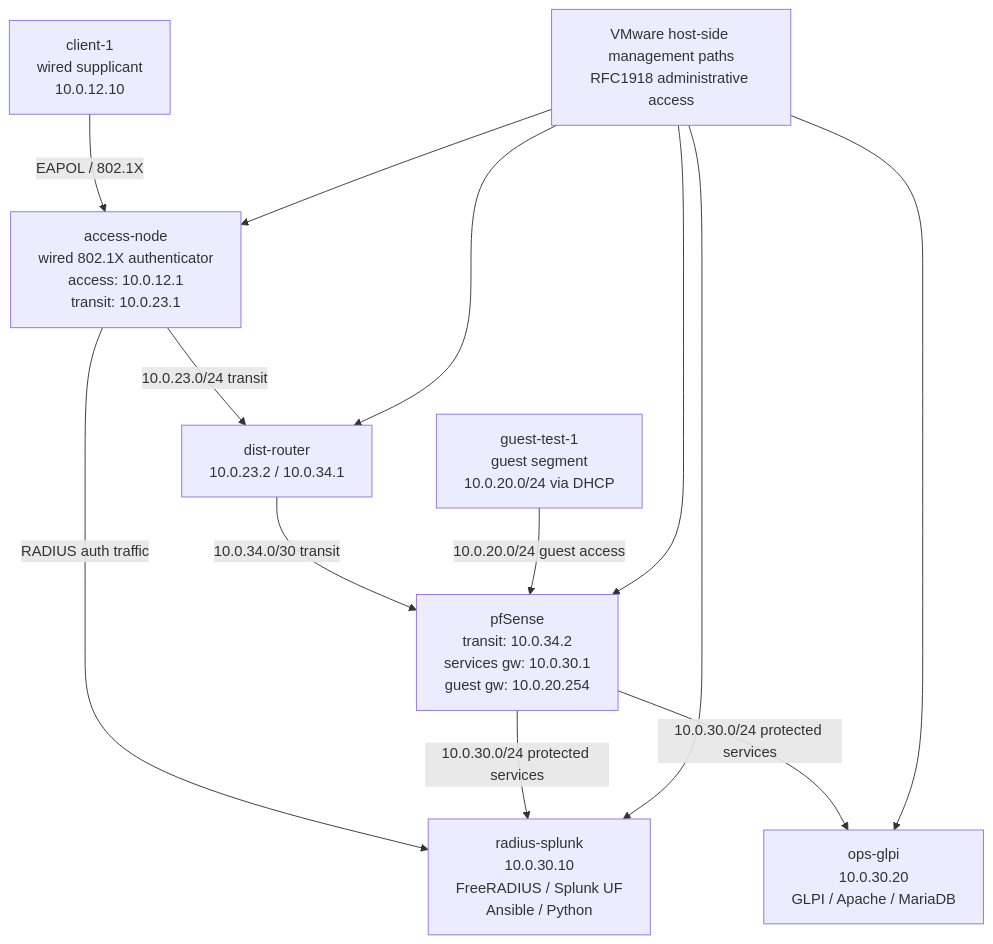
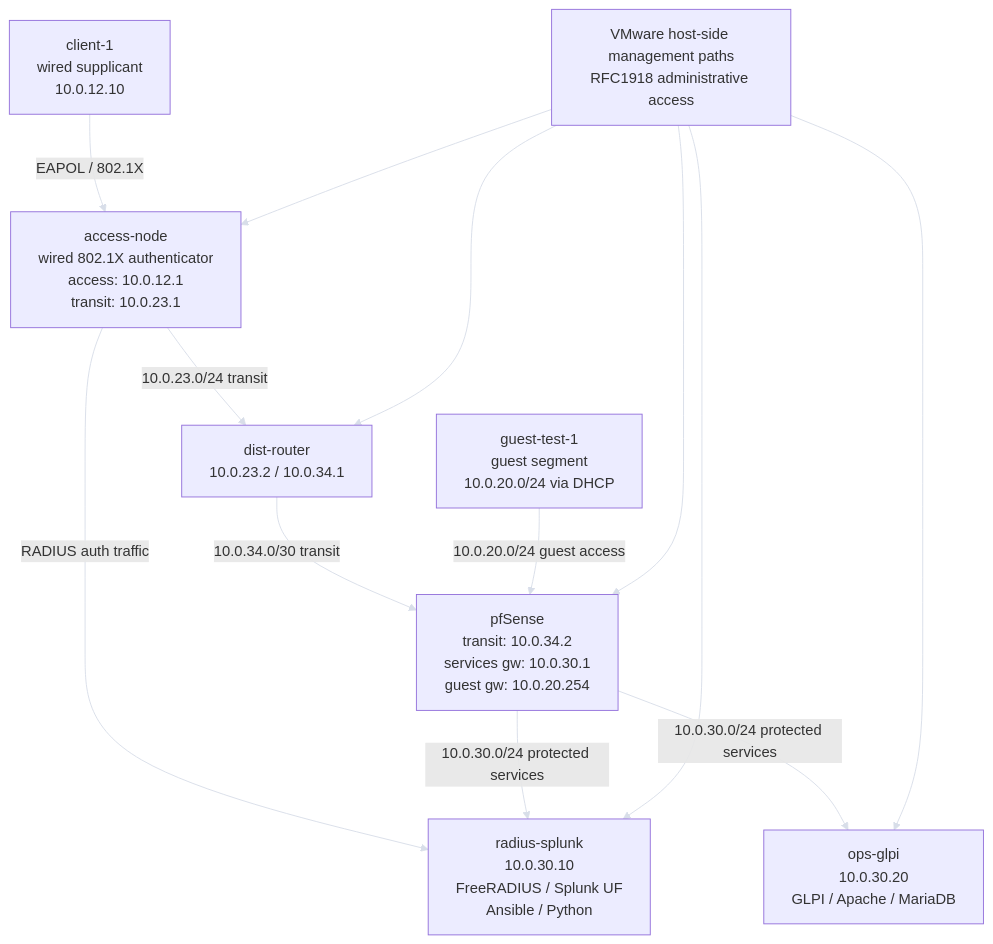
One commit to erschmittnetwork/virtualized-nac-incident-validation changed the diagram in diagrams/reference-topology-diagram.mmd. Above: the diagram before and after it, drawn with Mermaid.

Commit message:
Update Mermaid diagram rendering

```diff
--- a/diagrams/reference-topology-diagram.mmd
+++ b/diagrams/reference-topology-diagram.mmd
@@ -1,32 +1,32 @@
-%%{init: {'theme':'default','flowchart':{'htmlLabels': true, 'nodeSpacing':70, 'rankSpacing':70}}}%%
+%%{init: {'theme':'default', 'themeVariables':{'lineColor':'#d8dee9'}, 'flowchart':{'htmlLabels': true, 'nodeSpacing':70, 'rankSpacing':70}}}%%
 graph TD
 
   CLIENT["client-1<br/>wired supplicant<br/>10.0.12.10"]
 
   ACCESS["access-node<br/>wired 802.1X authenticator<br/>access: 10.0.12.1<br/>transit: 10.0.23.1"]
 
   DIST["dist-router<br/>10.0.23.2 / 10.0.34.1"]
 
   PFSENSE["pfSense<br/>transit: 10.0.34.2<br/>services gw: 10.0.30.1<br/>guest gw: 10.0.20.254"]
 
   RADIUS["radius-splunk<br/>10.0.30.10<br/>FreeRADIUS / Splunk UF<br/>Ansible / Python"]
 
   GLPI["ops-glpi<br/>10.0.30.20<br/>GLPI / Apache / MariaDB"]
 
   GUEST["guest-test-1<br/>guest segment<br/>10.0.20.0/24 via DHCP"]
 
   MGMT["VMware host-side management paths<br/>RFC1918 administrative access"]
 
   CLIENT -->|"EAPOL / 802.1X"| ACCESS
   ACCESS -->|"10.0.23.0/24 transit"| DIST
   DIST -->|"10.0.34.0/30 transit"| PFSENSE
   ACCESS -->|"RADIUS auth traffic"| RADIUS
   PFSENSE -->|"10.0.30.0/24 protected services"| RADIUS
   PFSENSE -->|"10.0.30.0/24 protected services"| GLPI
 
   GUEST -->|"10.0.20.0/24 guest access"| PFSENSE
   MGMT --> ACCESS
   MGMT --> DIST
   MGMT --> PFSENSE
   MGMT --> RADIUS
   MGMT --> GLPI
```
